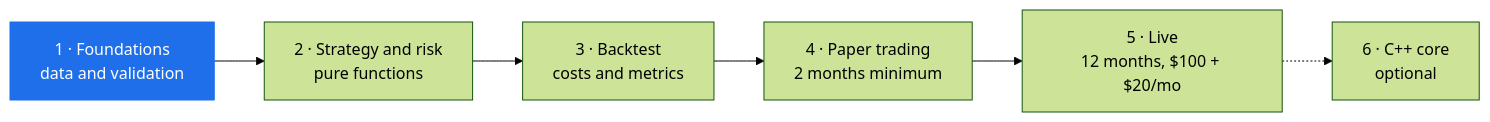
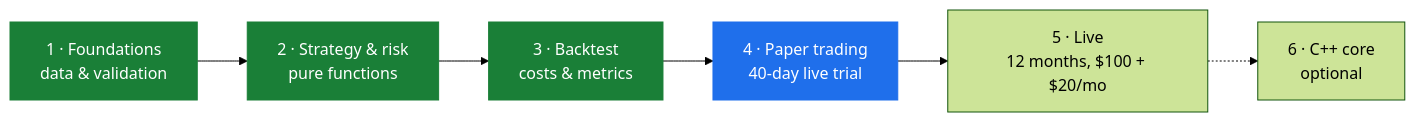
The diagram in README.md (JAbarca74/stride), drawn with Mermaid (forest theme) before and after one commit. The commit also changed other lines of this file and 1 other file, not shown here.

Commit message:
Update README with Phase 4 evaluator details and animated vector diagram

````diff
--- a/README.md
+++ b/README.md
@@ -289,9 +329,10 @@
 ```mermaid
 flowchart LR
-    P1["1 · Foundations<br/>data and validation"]:::now --> P2["2 · Strategy and risk<br/>pure functions"]
-    P2 --> P3["3 · Backtest<br/>costs and metrics"]
-    P3 --> P4["4 · Paper trading<br/>2 months minimum"]
+    P1["1 · Foundations<br/>data &amp; validation"]:::done --> P2["2 · Strategy &amp; risk<br/>pure functions"]:::done
+    P2 --> P3["3 · Backtest<br/>costs &amp; metrics"]:::done
+    P3 --> P4["4 · Paper trading<br/>40-day live trial"]:::now
     P4 --> P5["5 · Live<br/>12 months, $100 + $20/mo"]
     P5 -.-> P6["6 · C++ core<br/>optional"]
+    classDef done fill:#1a7f37,stroke:#1a7f37,color:#ffffff
     classDef now fill:#1f6feb,stroke:#1f6feb,color:#ffffff
 ```
````
